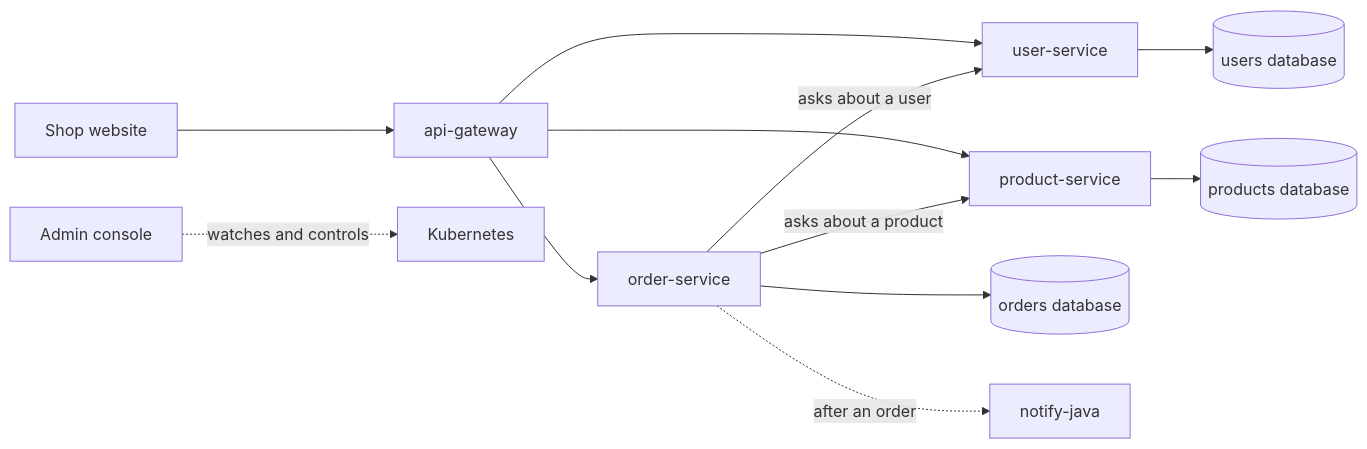
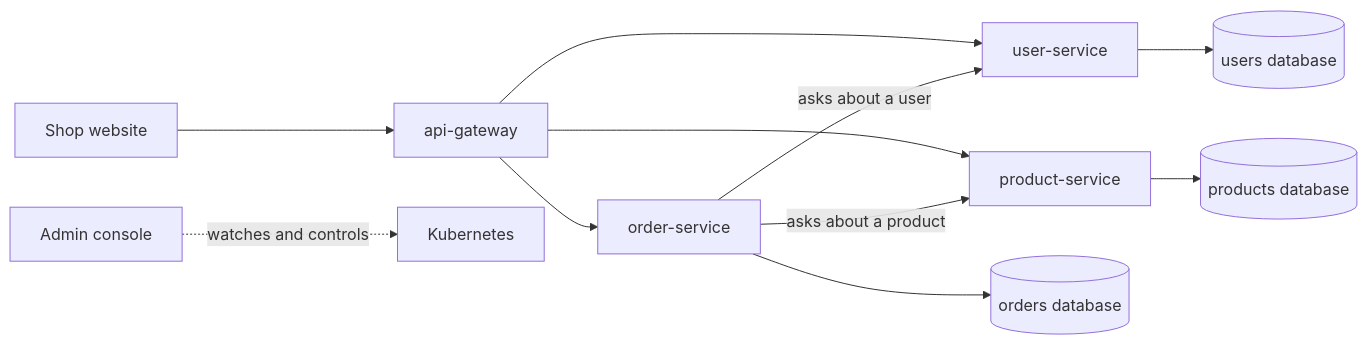
The diagram in README.md (MaryannChidimma/microservice-java-project), drawn with Mermaid before and after one commit. The commit also changed other lines of this file, not shown here.

````diff
--- a/README.md
+++ b/README.md
@@ -32,14 +28,13 @@
 ```mermaid
 flowchart LR
     shop[Shop website] --> gateway[api-gateway]
     gateway --> user[user-service]
     gateway --> product[product-service]
     gateway --> order[order-service]
     order -- asks about a user --> user
     order -- asks about a product --> product
     user --> userdb[(users database)]
     product --> productdb[(products database)]
     order --> orderdb[(orders database)]
-    order -. after an order .-> njava[notify-java]
     admin[Admin console] -. watches and controls .-> cluster[Kubernetes]
 ```
````
